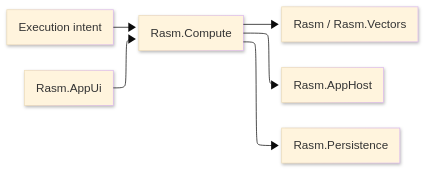
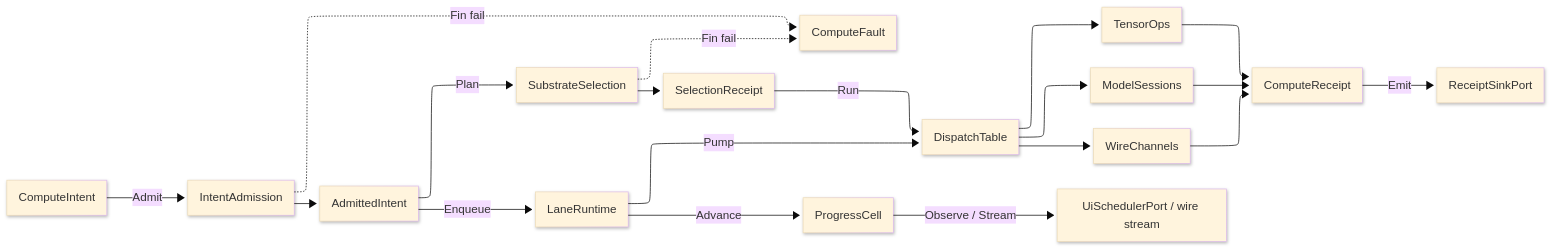
Before and after one commit to bsamiee/Rasm: the diagram in libs/csharp/Rasm.Compute/ARCHITECTURE.md, drawn with Mermaid. The commit also changed other lines of this file and 4 other files, not shown here.

First line of the commit message:
docs(csharp/compute): P2+P4 — root docs rewritten, feature atlas finalized, charter completed

````diff
--- a/libs/csharp/Rasm.Compute/ARCHITECTURE.md
+++ b/libs/csharp/Rasm.Compute/ARCHITECTURE.md
@@ -9,16 +7,29 @@
 ```mermaid
 ---
 config:
   layout: elk
   look: neo
   theme: base
 ---
 flowchart LR
-    accTitle: Compute measured execution
-    accDescr: Compute accepts execution intent, selects a substrate, emits receipts, consumes runtime policy, and stores cache/index metadata through Persistence.
-    Intent["Execution intent"] --> Compute["Rasm.Compute"]
-    Compute --> Kernel["Rasm / Rasm.Vectors"]
-    Compute --> Host["Rasm.AppHost"]
-    Compute --> Store["Rasm.Persistence"]
-    Ui["Rasm.AppUi"] --> Compute
+    accTitle: Rasm.Compute measured execution spine
+    accDescr: Typed intent admits once at the boundary, substrate selection folds over row data and lands a receipt, bounded lanes enqueue work, total dispatch routes to the tensor, model, or remote lane, every outcome materializes as a compute receipt at the sink port, and progress cells deliver cadence-gated marks to observers.
+    ComputeIntent["ComputeIntent"] -->|Admit| IntentAdmission["IntentAdmission"]
+    IntentAdmission --> AdmittedIntent["AdmittedIntent"]
+    IntentAdmission -.->|Fin fail| ComputeFault["ComputeFault"]
+    AdmittedIntent -->|Plan| SubstrateSelection["SubstrateSelection"]
+    SubstrateSelection --> SelectionReceipt["SelectionReceipt"]
+    SubstrateSelection -.->|Fin fail| ComputeFault
+    AdmittedIntent -->|Enqueue| LaneRuntime["LaneRuntime"]
+    LaneRuntime -->|Pump| DispatchTable["DispatchTable"]
+    SelectionReceipt -->|Run| DispatchTable
+    DispatchTable --> TensorOps["TensorOps"]
+    DispatchTable --> ModelSessions["ModelSessions"]
+    DispatchTable --> WireChannels["WireChannels"]
+    TensorOps --> ComputeReceipt["ComputeReceipt"]
+    ModelSessions --> ComputeReceipt
+    WireChannels --> ComputeReceipt
+    ComputeReceipt -->|Emit| ReceiptSinkPort["ReceiptSinkPort"]
+    LaneRuntime -->|Advance| ProgressCell["ProgressCell"]
+    ProgressCell -->|Observe / Stream| Observers["UiSchedulerPort / wire stream"]
 ```
````
